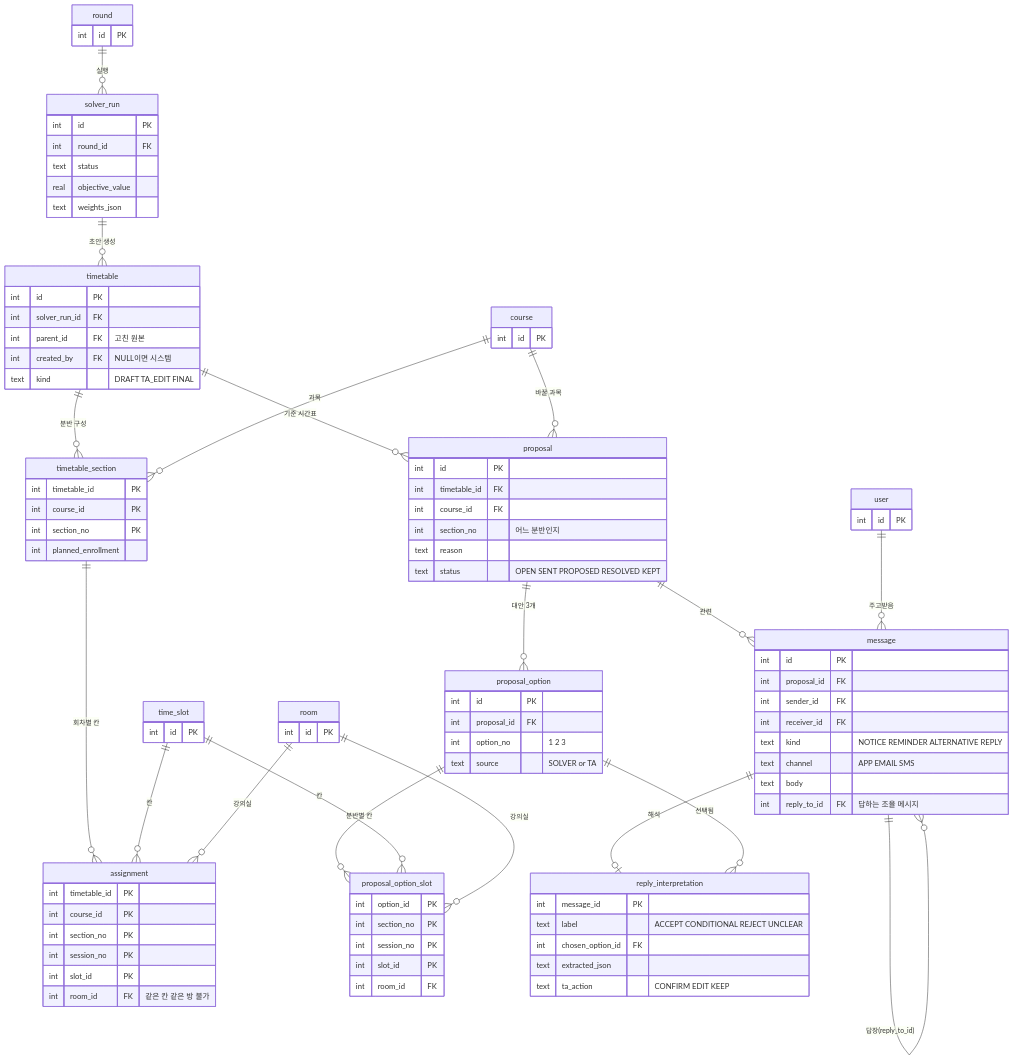
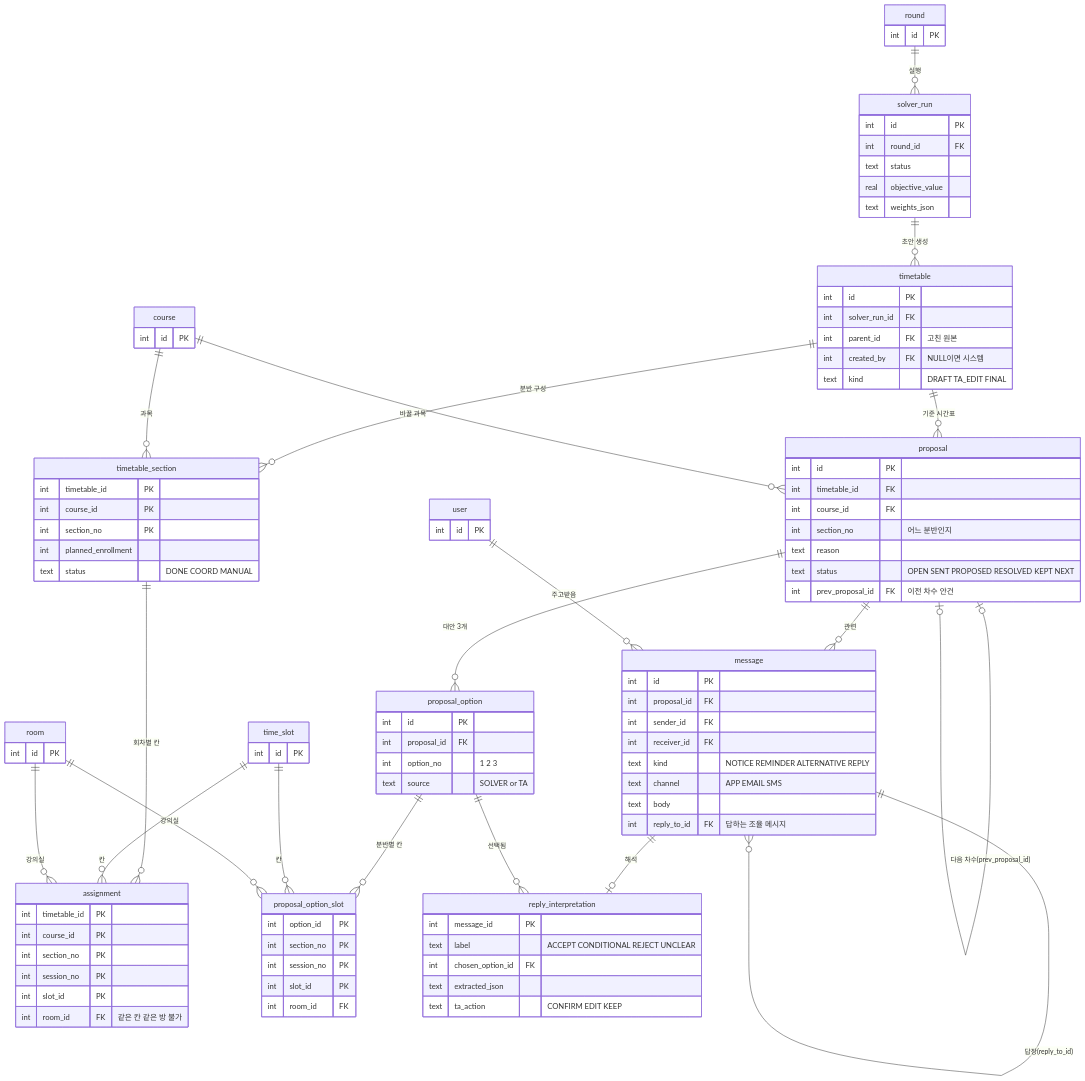
One commit to NLPproject-ssuTeam12/ssu-room changed the diagram in db/docs/c3.mmd. Above: the diagram before and after it, drawn with Mermaid. The commit also changed 6 other files, not shown here.

Commit message:
DB: 조율 안건 NEXT 상태, 다음 차수 새 안건(prev_proposal_id), 분반 배정 상태, 이어받은 조건 조회

```diff
--- a/db/docs/c3.mmd
+++ b/db/docs/c3.mmd
@@ -1,90 +1,93 @@
 erDiagram
     round ||--o{ solver_run : "실행"
     solver_run ||--o{ timetable : "초안 생성"
     timetable ||--o{ timetable_section : "분반 구성"
     course ||--o{ timetable_section : "과목"
     timetable_section ||--o{ assignment : "회차별 칸"
     time_slot ||--o{ assignment : "칸"
     room ||--o{ assignment : "강의실"
     timetable ||--o{ proposal : "기준 시간표"
     course ||--o{ proposal : "바꿀 과목"
     proposal ||--o{ proposal_option : "대안 3개"
     proposal_option ||--o{ proposal_option_slot : "분반별 칸"
     time_slot ||--o{ proposal_option_slot : "칸"
     room ||--o{ proposal_option_slot : "강의실"
     proposal ||--o{ message : "관련"
     message ||--o{ message : "답장(reply_to_id)"
+    proposal |o--o| proposal : "다음 차수(prev_proposal_id)"
     user ||--o{ message : "주고받음"
     message ||--o| reply_interpretation : "해석"
     proposal_option ||--o{ reply_interpretation : "선택됨"
     round { int id PK }
     course { int id PK }
     room { int id PK }
     user { int id PK }
     time_slot { int id PK }
     solver_run {
         int id PK
         int round_id FK
         text status
         real objective_value
         text weights_json
     }
     timetable {
         int id PK
         int solver_run_id FK
         int parent_id FK "고친 원본"
         int created_by FK "NULL이면 시스템"
         text kind "DRAFT TA_EDIT FINAL"
     }
     timetable_section {
         int timetable_id PK
         int course_id PK
         int section_no PK
         int planned_enrollment
+        text status "DONE COORD MANUAL"
     }
     assignment {
         int timetable_id PK
         int course_id PK
         int section_no PK
         int session_no PK
         int slot_id PK
         int room_id FK "같은 칸 같은 방 불가"
     }
     proposal {
         int id PK
         int timetable_id FK
         int course_id FK
         int section_no "어느 분반인지"
         text reason
-        text status "OPEN SENT PROPOSED RESOLVED KEPT"
+        text status "OPEN SENT PROPOSED RESOLVED KEPT NEXT"
+        int prev_proposal_id FK "이전 차수 안건"
     }
     proposal_option {
         int id PK
         int proposal_id FK
         int option_no "1 2 3"
         text source "SOLVER or TA"
     }
     proposal_option_slot {
         int option_id PK
         int section_no PK
         int session_no PK
         int slot_id PK
         int room_id FK
     }
     message {
         int id PK
         int proposal_id FK
         int sender_id FK
         int receiver_id FK
         text kind "NOTICE REMINDER ALTERNATIVE REPLY"
         text channel "APP EMAIL SMS"
         text body
         int reply_to_id FK "답하는 조율 메시지"
     }
     reply_interpretation {
         int message_id PK
         text label "ACCEPT CONDITIONAL REJECT UNCLEAR"
         int chosen_option_id FK
         text extracted_json
         text ta_action "CONFIRM EDIT KEEP"
     }
```
